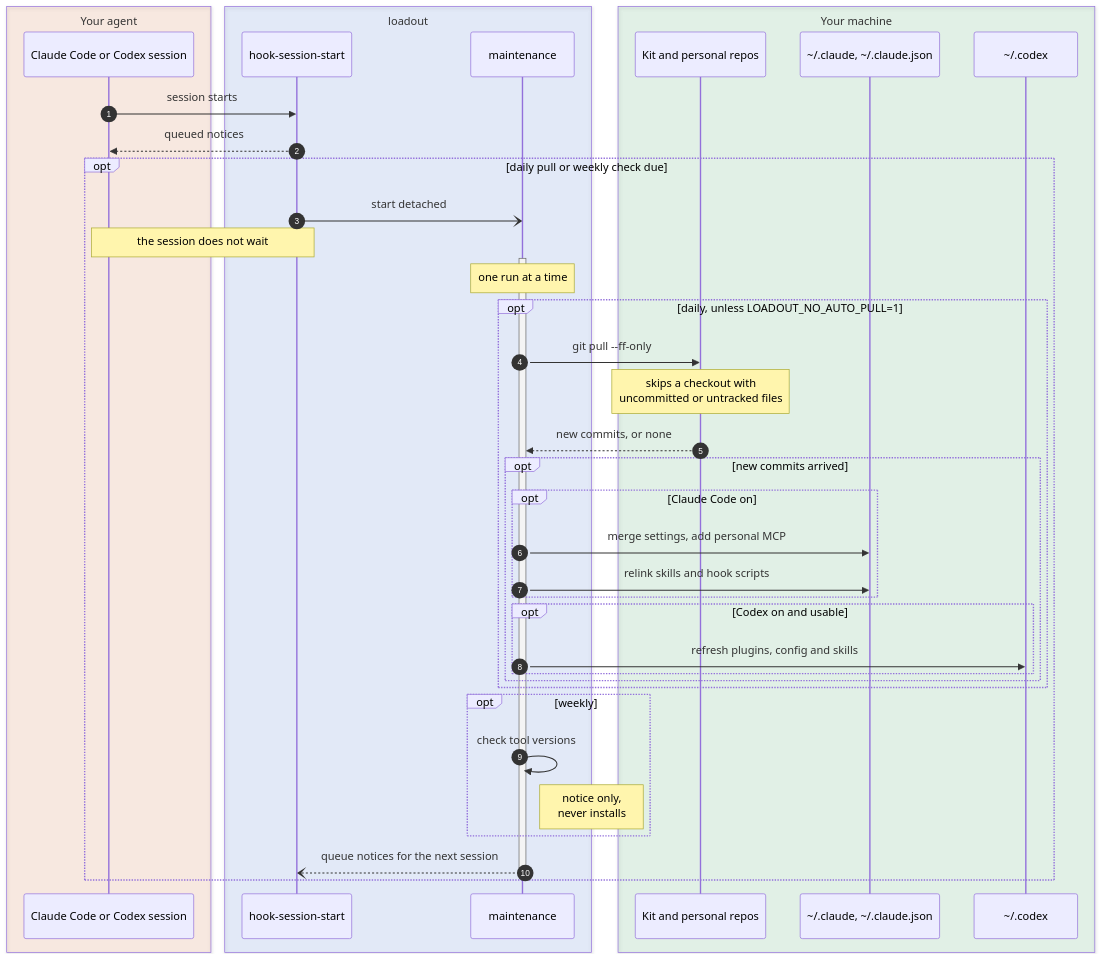
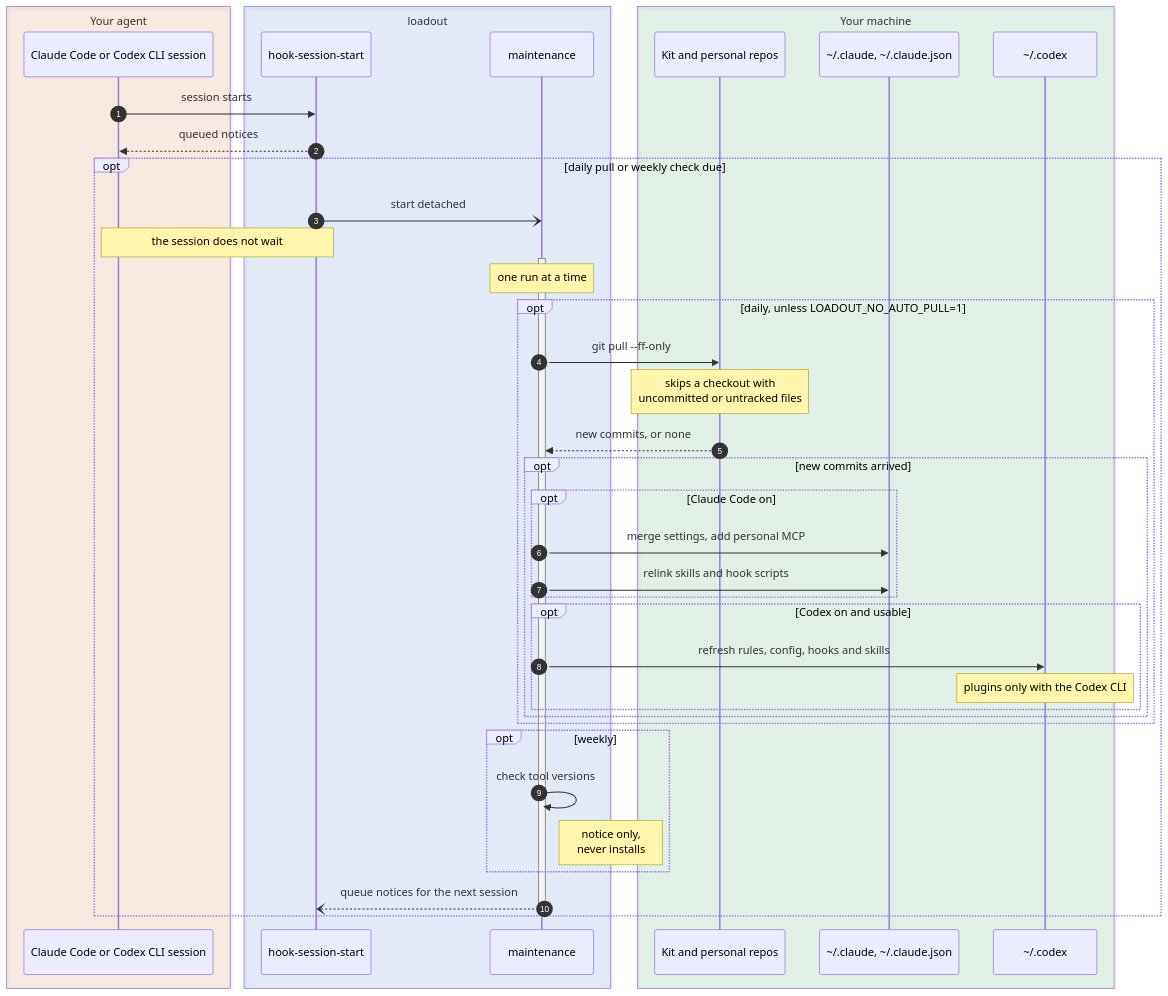
The diagram in docs/diagrams/architecture-daily-sync.mmd (jonasyr/agent-loadout), drawn with Mermaid before and after one commit. The commit also changed 78 other files, not shown here.

```diff
--- a/docs/diagrams/architecture-daily-sync.mmd
+++ b/docs/diagrams/architecture-daily-sync.mmd
@@ -1,43 +1,44 @@
 sequenceDiagram
   autonumber
   box rgba(234, 88, 12, 0.10) Your agent
-    participant S as Claude Code or Codex session
+    participant S as Claude Code or Codex CLI session
   end
   box rgba(37, 99, 235, 0.10) loadout
     participant H as hook-session-start
     participant M as maintenance
   end
   box rgba(22, 163, 74, 0.10) Your machine
     participant G as Kit and personal repos
     participant C as ~/.claude, ~/.claude.json
     participant X as ~/.codex
   end
 
   S->>H: session starts
   H-->>S: queued notices
   opt daily pull or weekly check due
     H-)M: start detached
     Note over S,H: the session does not wait
     activate M
     Note over M: one run at a time
     opt daily, unless LOADOUT_NO_AUTO_PULL=1
       M->>G: git pull --ff-only
       Note over G: skips a checkout with<br/>uncommitted or untracked files
       G-->>M: new commits, or none
       opt new commits arrived
         opt Claude Code on
           M->>C: merge settings, add personal MCP
           M->>C: relink skills and hook scripts
         end
         opt Codex on and usable
-          M->>X: refresh plugins, config and skills
+          M->>X: refresh rules, config, hooks and skills
+          Note over X: plugins only with the Codex CLI
         end
       end
     end
     opt weekly
       M->>M: check tool versions
       Note right of M: notice only,<br/>never installs
     end
     M--)H: queue notices for the next session
     deactivate M
   end
```
